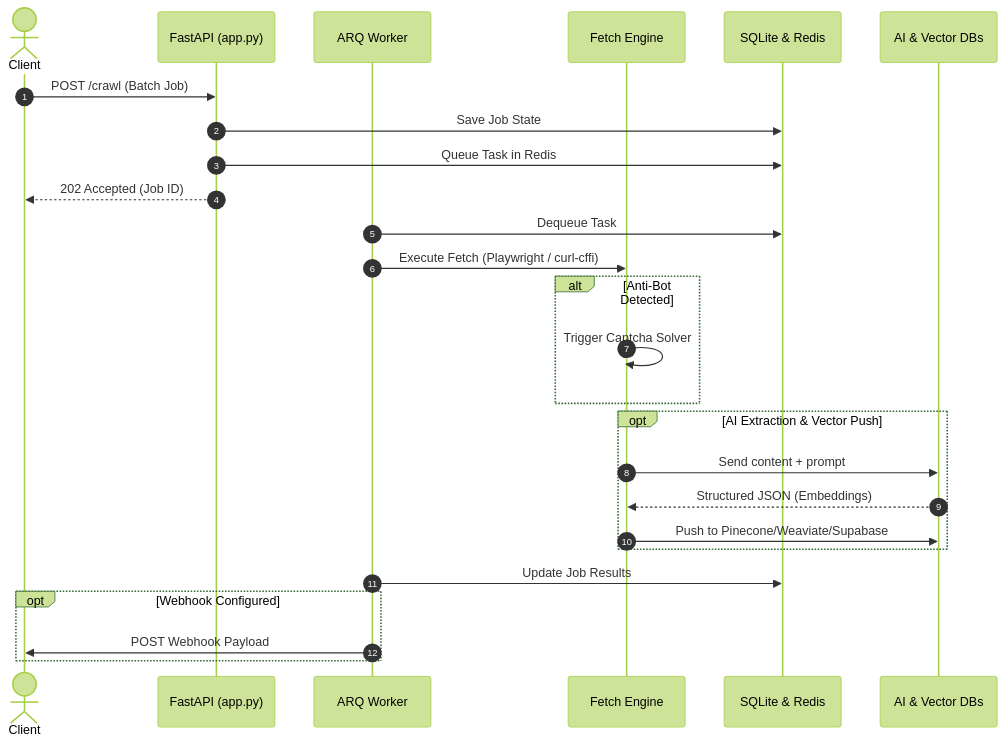
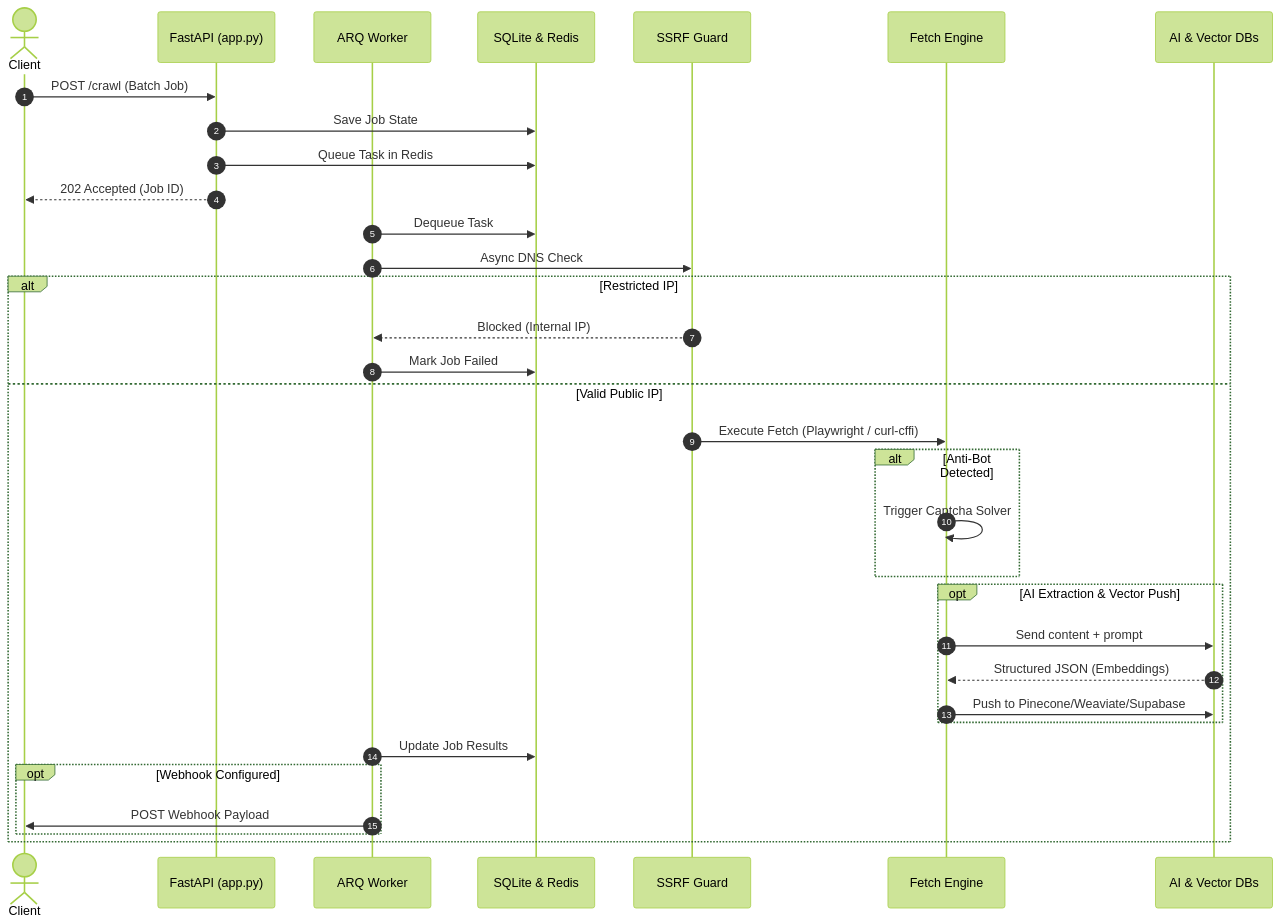
Before and after one commit to Tejas3479/crawlix: the second of 2 diagrams in README.md, drawn with Mermaid (forest theme).

Commit message:
docs: re-add SSRF Guard to Request Lifecycle sequence diagram

````diff
--- a/README.md
+++ b/README.md
@@ -207,33 +207,41 @@
 ```mermaid
 sequenceDiagram
     autonumber
     actor Client
     participant API as FastAPI (app.py)
     participant Worker as ARQ Worker
+    participant DB as SQLite & Redis
+    participant Guard as SSRF Guard
     participant Engine as Fetch Engine
-    participant DB as SQLite & Redis
     participant AI as AI & Vector DBs
 
     Client->>API: POST /crawl (Batch Job)
     API->>DB: Save Job State
     API->>DB: Queue Task in Redis
     API-->>Client: 202 Accepted (Job ID)
     
     Worker->>DB: Dequeue Task
-    Worker->>Engine: Execute Fetch (Playwright / curl-cffi)
+    Worker->>Guard: Async DNS Check
     
-    alt Anti-Bot Detected
-        Engine->>Engine: Trigger Captcha Solver
-    end
-    
-    opt AI Extraction & Vector Push
-        Engine->>AI: Send content + prompt
-        AI-->>Engine: Structured JSON (Embeddings)
-        Engine->>AI: Push to Pinecone/Weaviate/Supabase
-    end
-    
-    Worker->>DB: Update Job Results
-    opt Webhook Configured
-        Worker->>Client: POST Webhook Payload
+    alt Restricted IP
+        Guard-->>Worker: Blocked (Internal IP)
+        Worker->>DB: Mark Job Failed
+    else Valid Public IP
+        Guard->>Engine: Execute Fetch (Playwright / curl-cffi)
+        
+        alt Anti-Bot Detected
+            Engine->>Engine: Trigger Captcha Solver
+        end
+        
+        opt AI Extraction & Vector Push
+            Engine->>AI: Send content + prompt
+            AI-->>Engine: Structured JSON (Embeddings)
+            Engine->>AI: Push to Pinecone/Weaviate/Supabase
+        end
+        
+        Worker->>DB: Update Job Results
+        opt Webhook Configured
+            Worker->>Client: POST Webhook Payload
+        end
     end
 ```
````
